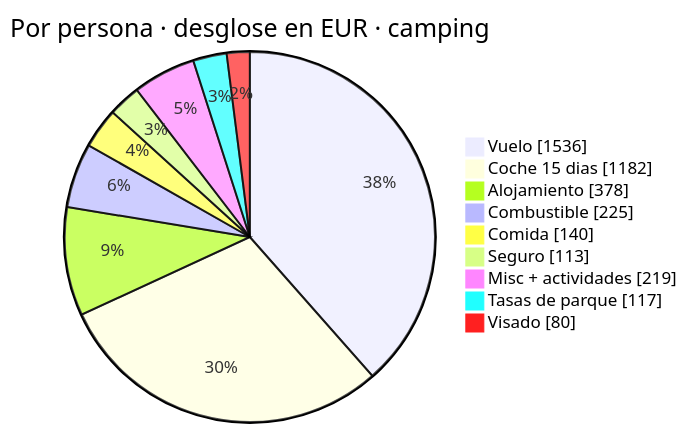
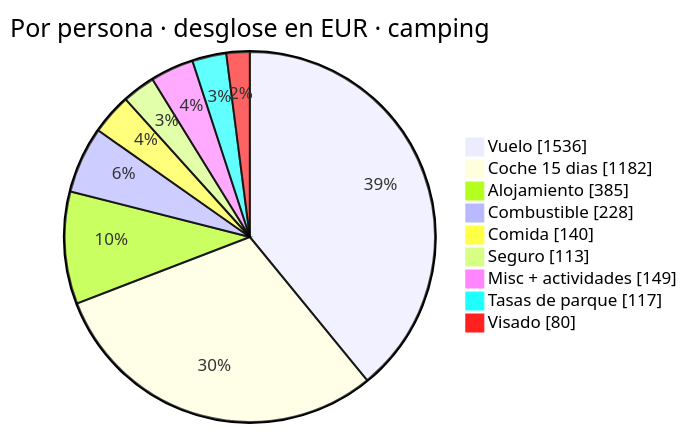
Before and after one commit to morandeirachema/namibia: the third of 6 diagrams in README.md, drawn with Mermaid. The commit also changed other lines of this file and 44 other files, not shown here.

````diff
--- a/README.md
+++ b/README.md
@@ -353,13 +362,13 @@
 ```mermaid
 pie showData
     title Por persona · desglose en EUR · camping
     "Vuelo" : 1536
     "Coche 15 dias" : 1182
-    "Alojamiento" : 378
-    "Combustible" : 225
+    "Alojamiento" : 385
+    "Combustible" : 228
     "Comida" : 140
     "Seguro" : 113
-    "Misc + actividades" : 219
+    "Misc + actividades" : 149
     "Tasas de parque" : 117
     "Visado" : 80
 ```
````
